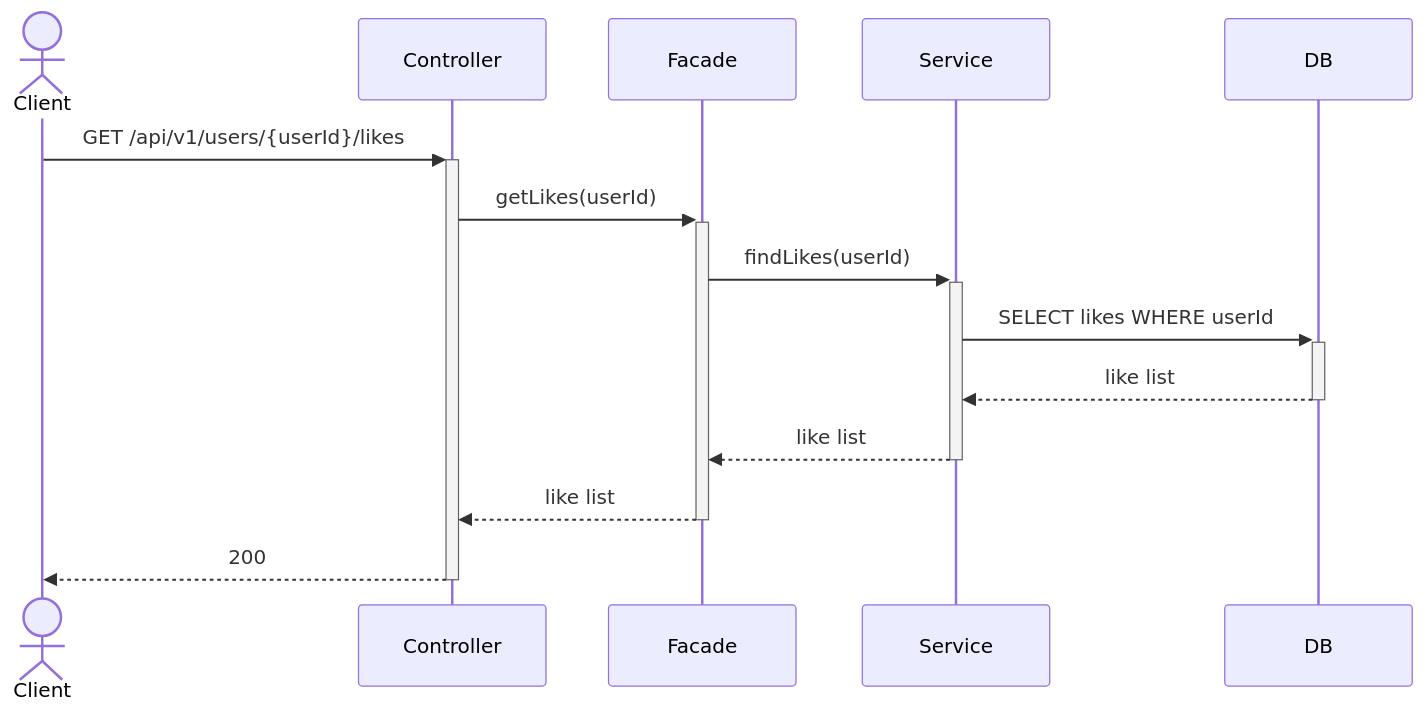
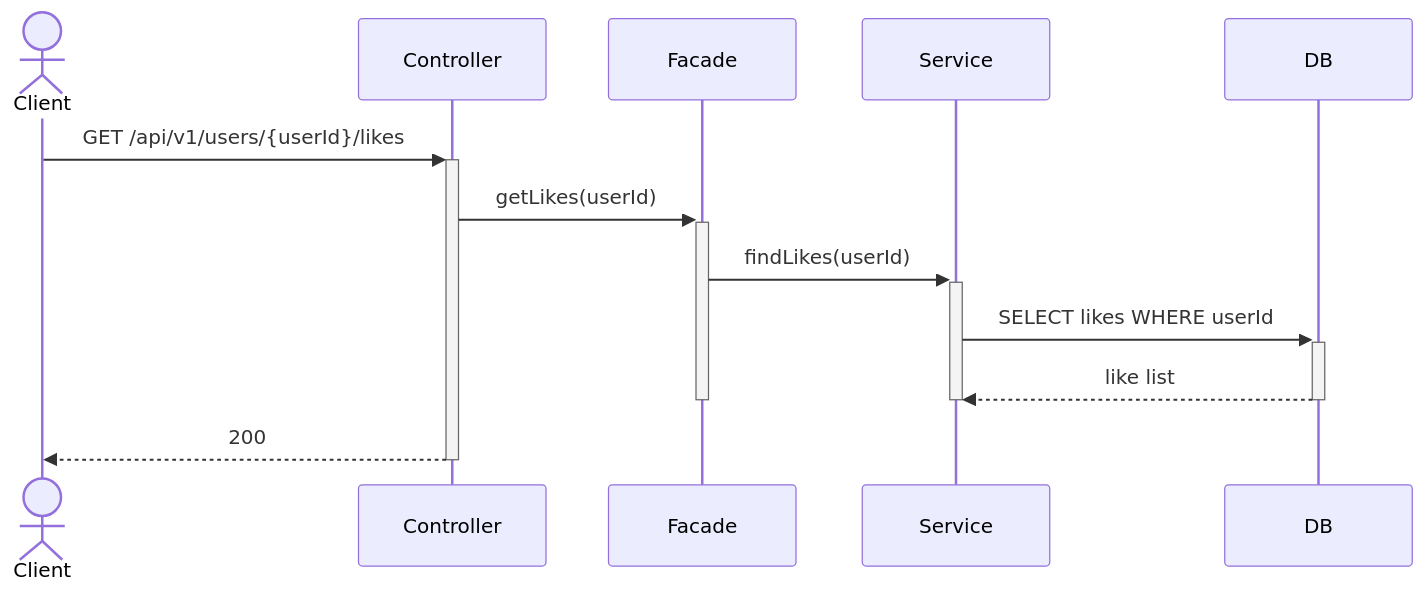
Before and after one commit to loopers-labs/loop-pack-be-l2-vol4-java: the sixth of 21 diagrams in .docs/design/02-sequence-diagrams.md, drawn with Mermaid. The commit also changed other lines of this file and 2 other files, not shown here.

Commit message:
docs: 시퀀스 다이어그램 activation bar 추가 및 설계 보완

````diff
--- a/.docs/design/02-sequence-diagrams.md
+++ b/.docs/design/02-sequence-diagrams.md
@@ -165,17 +167,17 @@
 ```mermaid
 sequenceDiagram
     actor Client
     participant Controller
     participant Facade
     participant Service
     participant DB
 
     Client->>+Controller: GET /api/v1/users/{userId}/likes
     Controller->>+Facade: getLikes(userId)
     Facade->>+Service: findLikes(userId)
     Service->>+DB: SELECT likes WHERE userId
     DB-->>-Service: like list
-    Service-->>-Facade: like list
-    Facade-->>-Controller: like list
+    deactivate Service
+    deactivate Facade
     Controller-->>-Client: 200
 ```
````
